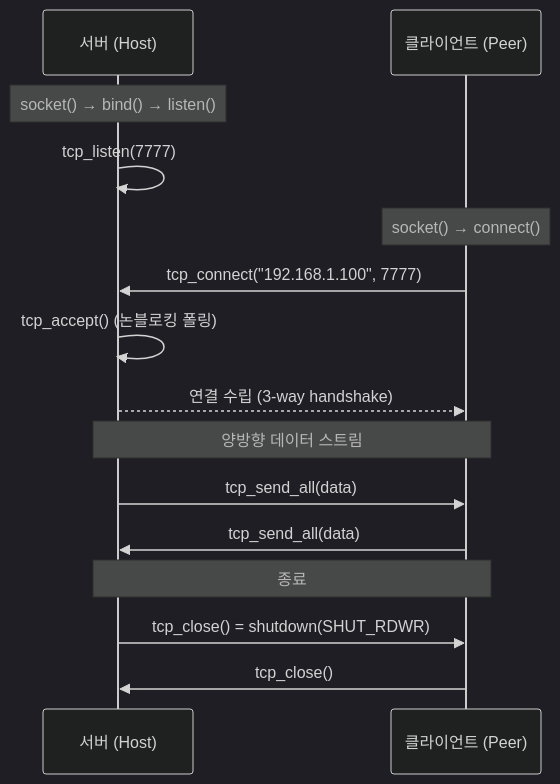
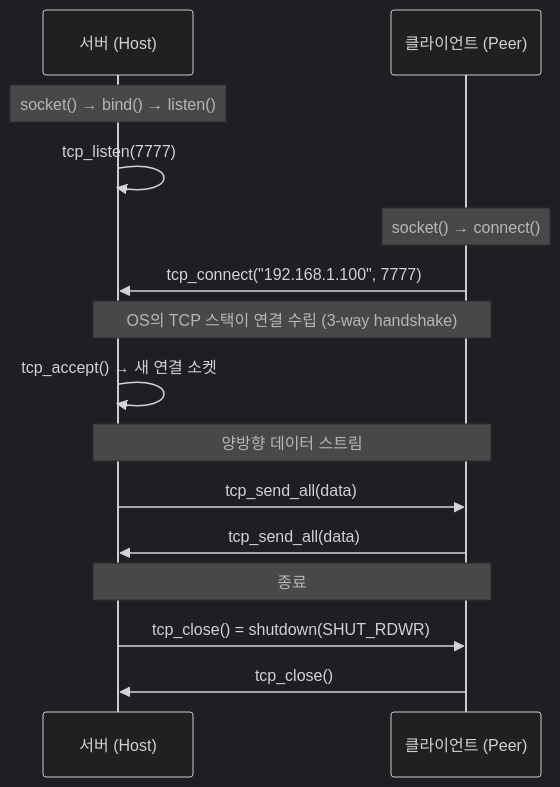
One commit to Rein-ArXiv/Tetris-Multiplayer-RL changed the first of 10 diagrams in docs/blog/part6-lockstep-networking.md. Above: the diagram before and after it, drawn with Mermaid (dark theme). The commit also changed other lines of this file and 51035 other files, not shown here.

````diff
--- a/docs/blog/part6-lockstep-networking.md
+++ b/docs/blog/part6-lockstep-networking.md
@@ -80,18 +82,18 @@
 ```mermaid
 sequenceDiagram
     participant S as 서버 (Host)
     participant C as 클라이언트 (Peer)
 
     Note over S: socket() → bind() → listen()
     S->>S: tcp_listen(7777)
     Note over C: socket() → connect()
     C->>S: tcp_connect("192.168.1.100", 7777)
-    S->>S: tcp_accept() (논블로킹 폴링)
-    S-->>C: 연결 수립 (3-way handshake)
+    Note over S,C: OS의 TCP 스택이 연결 수립 (3-way handshake)
+    S->>S: tcp_accept() → 새 연결 소켓
     Note over S,C: 양방향 데이터 스트림
     S->>C: tcp_send_all(data)
     C->>S: tcp_send_all(data)
     Note over S,C: 종료
     S->>C: tcp_close() = shutdown(SHUT_RDWR)
     C->>S: tcp_close()
 ```
````
